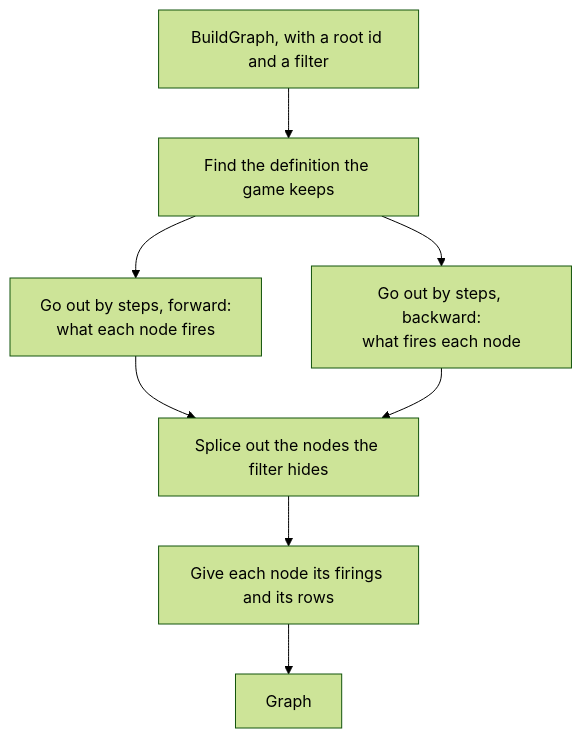
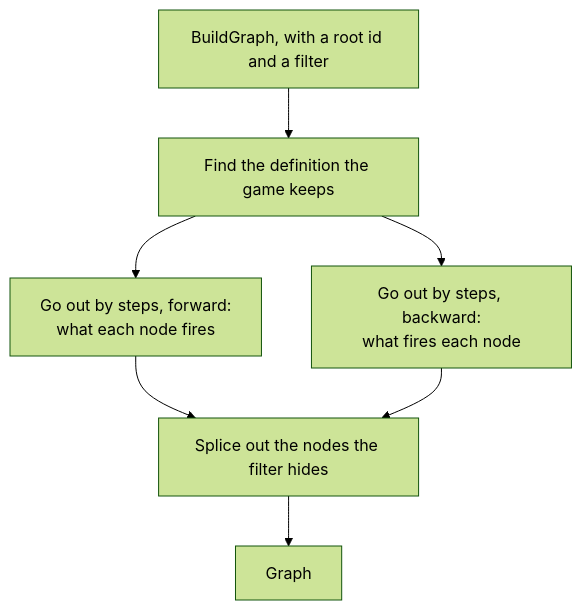
The diagram in services/graph/README.md (idodavis/paradox-modding-tools), drawn with Mermaid (forest theme) before and after one commit. The commit also changed other lines of this file and 19 other files, not shown here.

````diff
--- a/services/graph/README.md
+++ b/services/graph/README.md
@@ -21,10 +21,9 @@
 ```mermaid
 flowchart TD
   root["BuildGraph, with a root id and a filter"] --> kept["Find the definition the game keeps"]
   kept --> forward["Go out by steps, forward:<br/>what each node fires"]
   kept --> backward["Go out by steps, backward:<br/>what fires each node"]
   forward --> splice["Splice out the nodes the filter hides"]
   backward --> splice
-  splice --> rows["Give each node its firings and its rows"]
-  rows --> result["Graph"]
+  splice --> result["Graph"]
 ```
````
